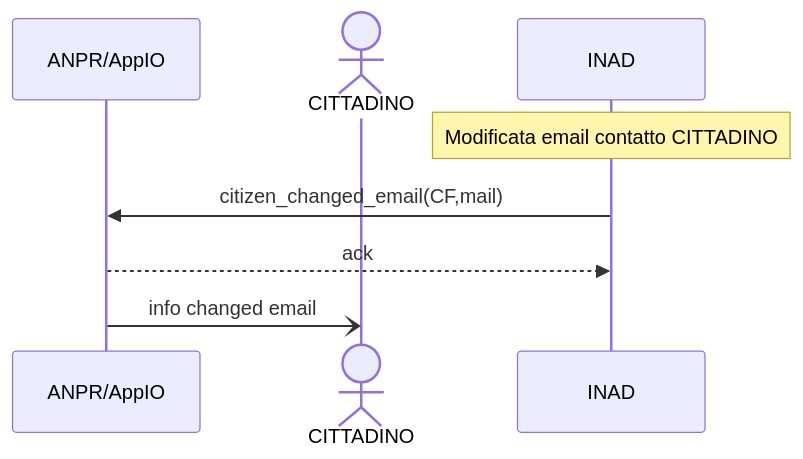
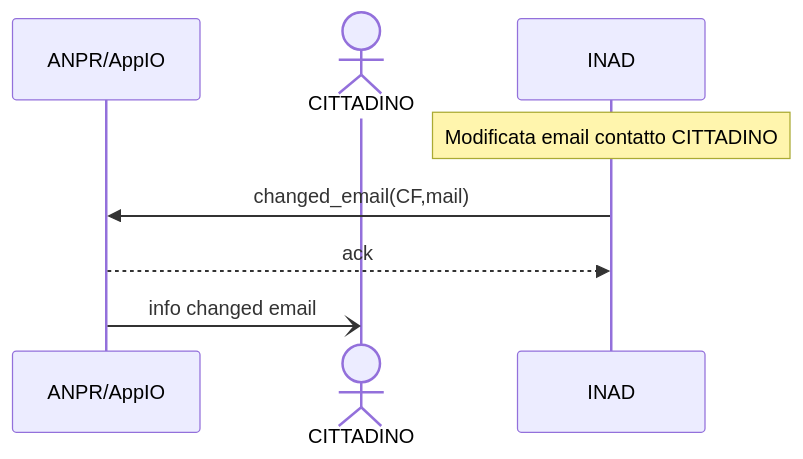
Before and after one commit to ioggstream/verify_integration_INAD_with_ANPR-IO: the diagram in mermind/UC009.md, drawn with Mermaid. The commit also changed 11 other files, not shown here.

````diff
--- a/mermind/UC009.md
+++ b/mermind/UC009.md
@@ -3,13 +3,13 @@
 ```mermaid
 sequenceDiagram
   participant A as ANPR/AppIO
   actor C as CITTADINO
   participant I as INAD
 
   Note over I: Modificata email contatto CITTADINO
 
-  I ->> A: citizen_changed_email(CF,mail)
+  I ->> A: changed_email(CF,mail)
   A -->> I: ack
   A -) C: info changed email
 
   ```
````
